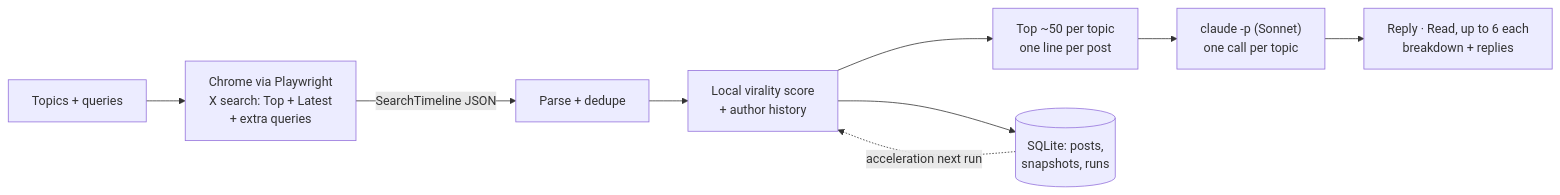
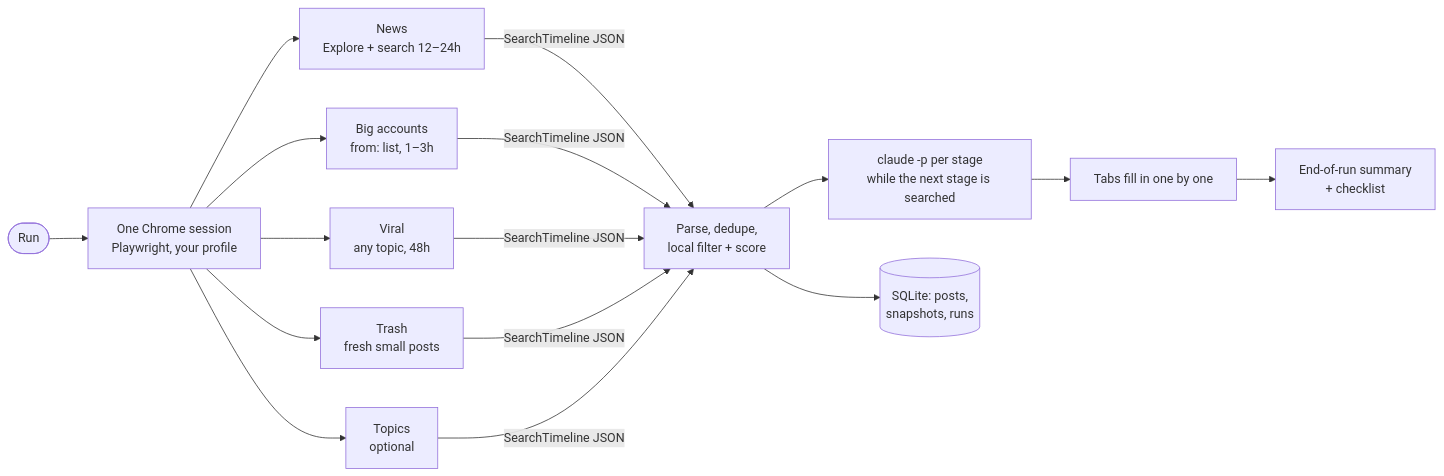
Before and after one commit to Sentimenta1ist/x-scout: the diagram in README.md, drawn with Mermaid. The commit also changed other lines of this file and 15 other files, not shown here.

Commit message:
README rewritten around the daily run: tabs, real run numbers, make-it-yours, new screenshots from a seeded demo day; own_handle has no default

````diff
--- a/README.md
+++ b/README.md
@@ -106,11 +164,14 @@
 ```mermaid
 flowchart LR
-    A[Topics + queries] --> B[Chrome via Playwright<br/>X search: Top + Latest<br/>+ extra queries]
-    B -->|SearchTimeline JSON| C[Parse + dedupe]
-    C --> D[Local virality score<br/>+ author history]
-    D --> E[Top ~50 per topic<br/>one line per post]
-    E --> F["claude -p (Sonnet)<br/>one call per topic"]
-    F --> G[Reply · Read, up to 6 each<br/>breakdown + replies]
-    D --> H[(SQLite: posts,<br/>snapshots, runs)]
-    H -.->|acceleration next run| D
+    R([Run]) --> S[One Chrome session<br/>Playwright, your profile]
+    S --> N[News<br/>Explore + search 12–24h]
+    S --> B[Big accounts<br/>from: list, 1–3h]
+    S --> V[Viral<br/>any topic, 48h]
+    S --> T[Trash<br/>fresh small posts]
+    S --> P[Topics<br/>optional]
+    N & B & V & T & P -->|SearchTimeline JSON| F[Parse, dedupe,<br/>local filter + score]
+    F --> C["claude -p per stage<br/>while the next stage is searched"]
+    C --> UI[Tabs fill in one by one]
+    UI --> SUM[End-of-run summary<br/>+ checklist]
+    F --> DB[(SQLite: posts,<br/>snapshots, runs)]
 ```
````
